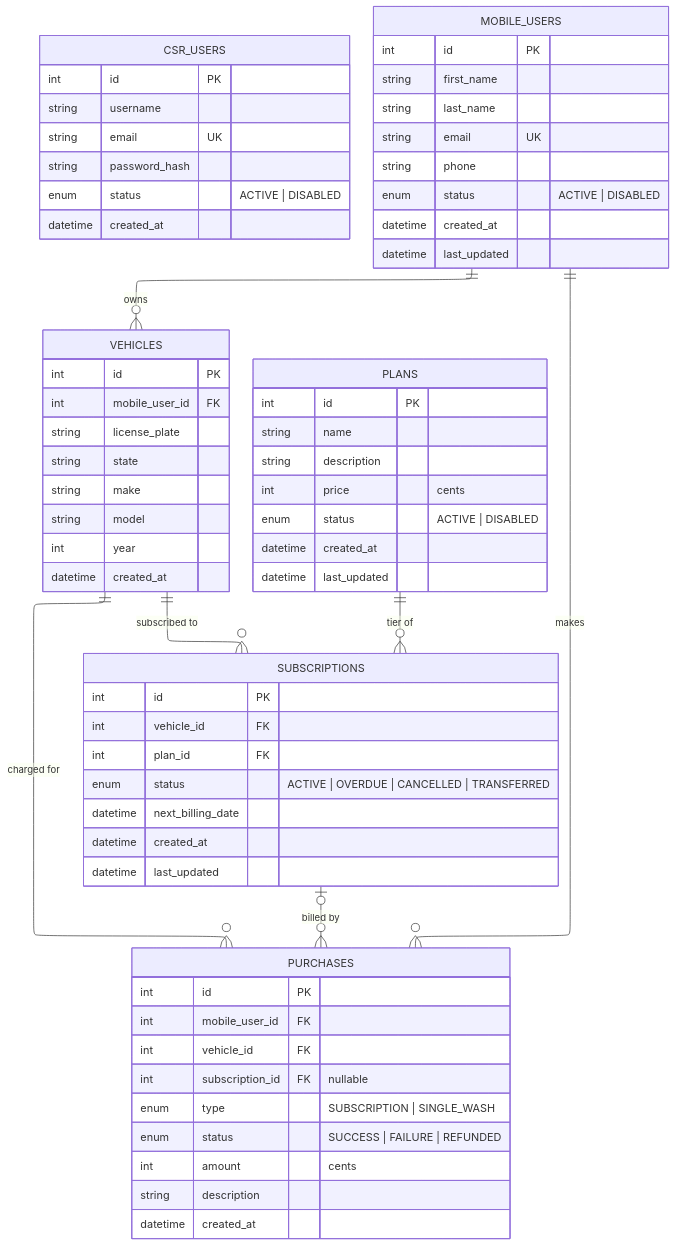
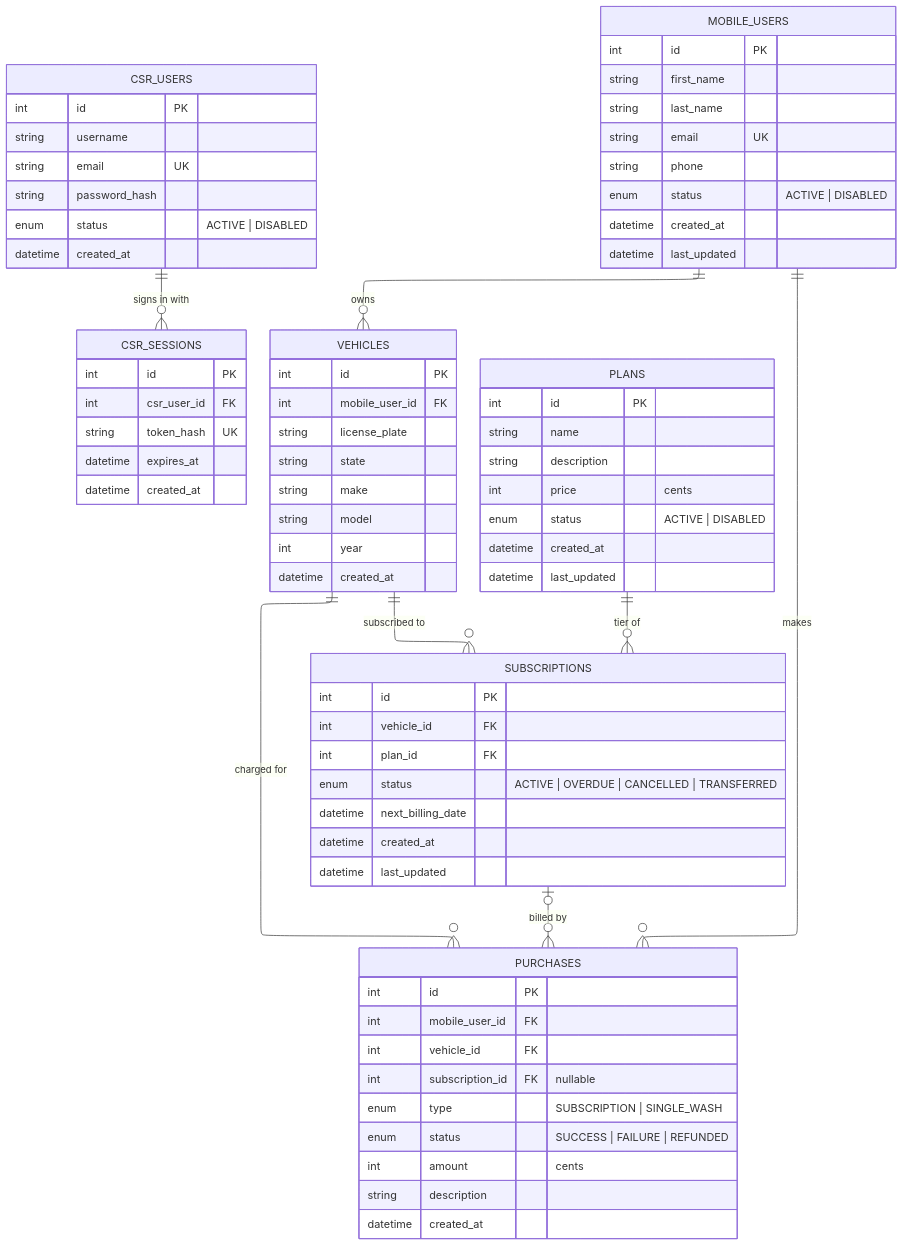
One commit to ajarnagin1992/amp-csr-portal changed the first of 2 diagrams in ER-DIAGRAM.md. Above: the diagram before and after it, drawn with Mermaid. The commit also changed other lines of this file and 51 other files, not shown here.

Commit message:
WIP: CSR auth (sessions, login, guards, web auth flow)

```diff
--- a/ER-DIAGRAM.md
+++ b/ER-DIAGRAM.md
@@ -13,6 +13,14 @@
         string   email             UK
         string   password_hash
         enum     status               "ACTIVE | DISABLED"
+        datetime created_at
+    }
+
+    CSR_SESSIONS {
+        int      id                PK
+        int      csr_user_id       FK
+        string   token_hash        UK
+        datetime expires_at
         datetime created_at
     }
 
@@ -70,6 +78,7 @@
         datetime created_at
     }
 
+    CSR_USERS     ||--o{ CSR_SESSIONS  : "signs in with"
     MOBILE_USERS  ||--o{ VEHICLES      : "owns"
     MOBILE_USERS  ||--o{ PURCHASES     : "makes"
     VEHICLES      ||--o{ SUBSCRIPTIONS : "subscribed to"
```
